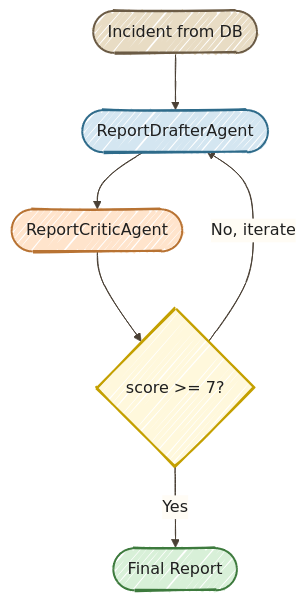
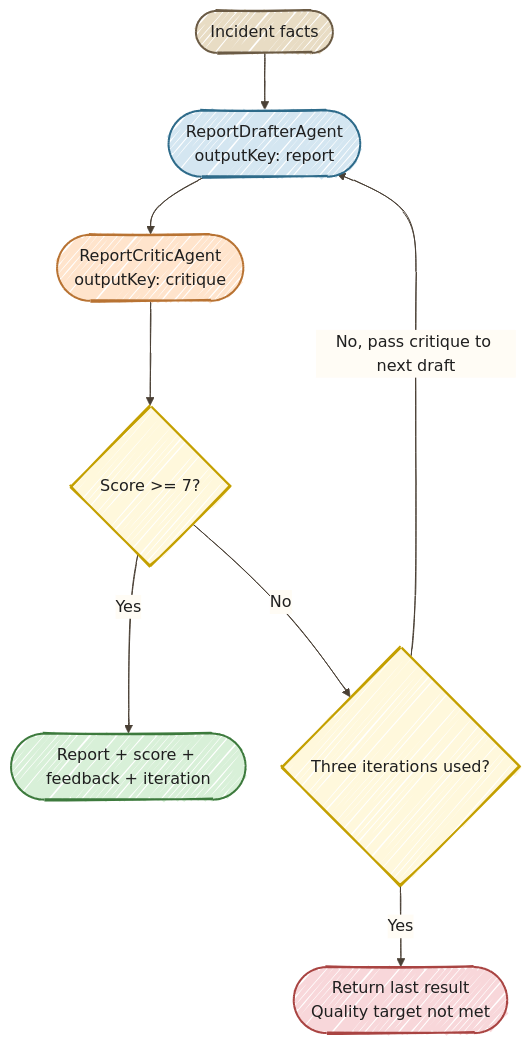
Before and after one commit to danieloh30/agentic-ai-java-workshop: the diagram in docs/08-quarkus-flow/START_HERE.md, drawn with Mermaid. The commit also changed other lines of this file and 29 other files, not shown here.

````diff
--- a/docs/08-quarkus-flow/START_HERE.md
+++ b/docs/08-quarkus-flow/START_HERE.md
@@ -49,21 +40,23 @@
 ```mermaid
 %%{init: {'look':'handDrawn','theme':'base','themeVariables': {'darkMode':false,'background':'#FFFCF5','primaryTextColor':'#1F1F1F','secondaryTextColor':'#1F1F1F','tertiaryTextColor':'#1F1F1F','textColor':'#1F1F1F','lineColor':'#4A4035','edgeLabelBackground':'#FFFCF5','clusterBkg':'#F5F5F0','clusterBorder':'#6B5B45','fontSize':'16px'},'flowchart': {'nodeSpacing':35,'rankSpacing':55,'padding':18}}}%%
 flowchart TD
-    START(["Incident from DB"])
-    DRAFT(["ReportDrafterAgent"])
-    CRITIQUE(["ReportCriticAgent"])
-    CHECK{score >= 7?}
-    DONE(["Final Report"])
-
-    START --> DRAFT
-    DRAFT --> CRITIQUE
-    CRITIQUE --> CHECK
-    CHECK -->|No, iterate| DRAFT
+    START(["Incident facts"])
+    DRAFT(["ReportDrafterAgent<br/>outputKey: report"])
+    CRITIQUE(["ReportCriticAgent<br/>outputKey: critique"])
+    CHECK{"Score >= 7?"}
+    BUDGET{"Three iterations used?"}
+    DONE(["Report + score + feedback + iteration"])
+    LAST(["Return last result<br/>Quality target not met"])
+    START --> DRAFT --> CRITIQUE --> CHECK
     CHECK -->|Yes| DONE
-
+    CHECK -->|No| BUDGET
+    BUDGET -->|No, pass critique to next draft| DRAFT
+    BUDGET -->|Yes| LAST
     style START fill:#E8DCC4,stroke:#6B5B45,color:#1F1F1F,stroke-width:2px
     style DRAFT fill:#D4E6F1,stroke:#2E6B8A,color:#1F1F1F,stroke-width:2px
     style CRITIQUE fill:#FFE4CC,stroke:#B87333,color:#1F1F1F,stroke-width:2px
     style CHECK fill:#FFF8DC,stroke:#C4A000,color:#1F1F1F,stroke-width:2px
+    style BUDGET fill:#FFF8DC,stroke:#C4A000,color:#1F1F1F,stroke-width:2px
     style DONE fill:#D8F0D8,stroke:#3D7A3D,color:#1F1F1F,stroke-width:2px
+    style LAST fill:#F8D7DA,stroke:#A94442,color:#1F1F1F,stroke-width:2px
 ```
````
